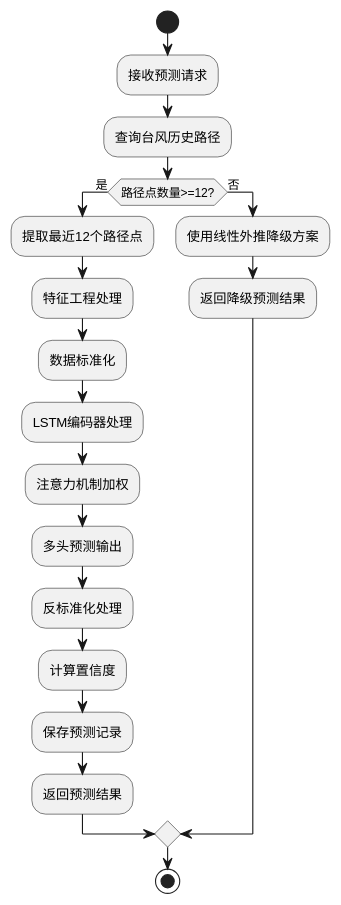
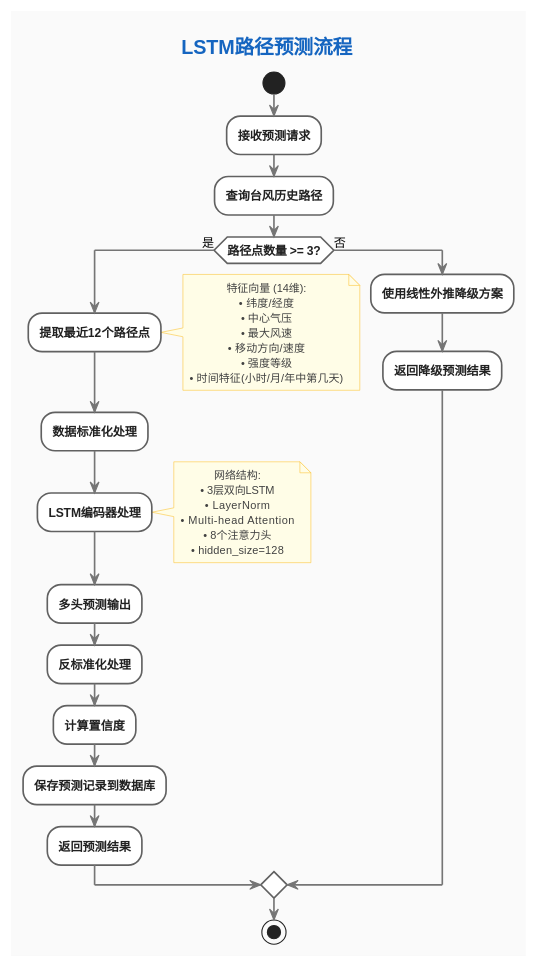
Before and after one commit to 223nobody/TyphoonAnalysis: the eighth of 15 diagrams in docs/系统图表集.md, drawn with PlantUML. The commit also changed other lines of this file and 15 other files, not shown here.

Commit message:
feat:新增plantuml图表

````diff
--- a/docs/系统图表集.md
+++ b/docs/系统图表集.md
@@ -274,23 +1030,83 @@
 ```plantuml
 @startuml
+skinparam backgroundColor #FAFAFA
+skinparam defaultTextAlignment center
+
+skinparam activity {
+BackgroundColor #FFFFFF
+BorderColor #616161
+BorderThickness 1.5
+ArrowColor #757575
+ArrowThickness 1.5
+FontColor #212121
+FontSize 11
+FontStyle bold
+}
+
+skinparam diamond {
+BackgroundColor #FFF8E1
+BorderColor #F57C00
+BorderThickness 1.5
+FontColor #424242
+FontSize 11
+FontStyle bold
+}
+
+skinparam title {
+FontSize 18
+FontStyle bold
+FontColor #1565C0
+}
+
+skinparam note {
+BackgroundColor #FFFDE7
+BorderColor #FBC02D
+FontColor #424242
+FontSize 10
+}
+
+title LSTM路径预测流程
+
 start
+
 :接收预测请求;
 :查询台风历史路径;
-if (路径点数量>=12?) then (是)
+
+if (路径点数量 >= 3?) then (是)
 :提取最近12个路径点;
-:特征工程处理;
-:数据标准化;
+note right
+特征向量 (14维):
+• 纬度/经度
+• 中心气压
+• 最大风速
+• 移动方向/速度
+• 强度等级
+• 时间特征(小时/月/年中第几天)
+end note
+
+:数据标准化处理;
+
 :LSTM编码器处理;
-:注意力机制加权;
+note right
+网络结构:
+• 3层双向LSTM
+• LayerNorm
+• Multi-head Attention
+• 8个注意力头
+• hidden_size=128
+end note
+
 :多头预测输出;
 :反标准化处理;
 :计算置信度;
-:保存预测记录;
+:保存预测记录到数据库;
 :返回预测结果;
 else (否)
 :使用线性外推降级方案;
 :返回降级预测结果;
 endif
+
 stop
+
 @enduml
 ```
````
